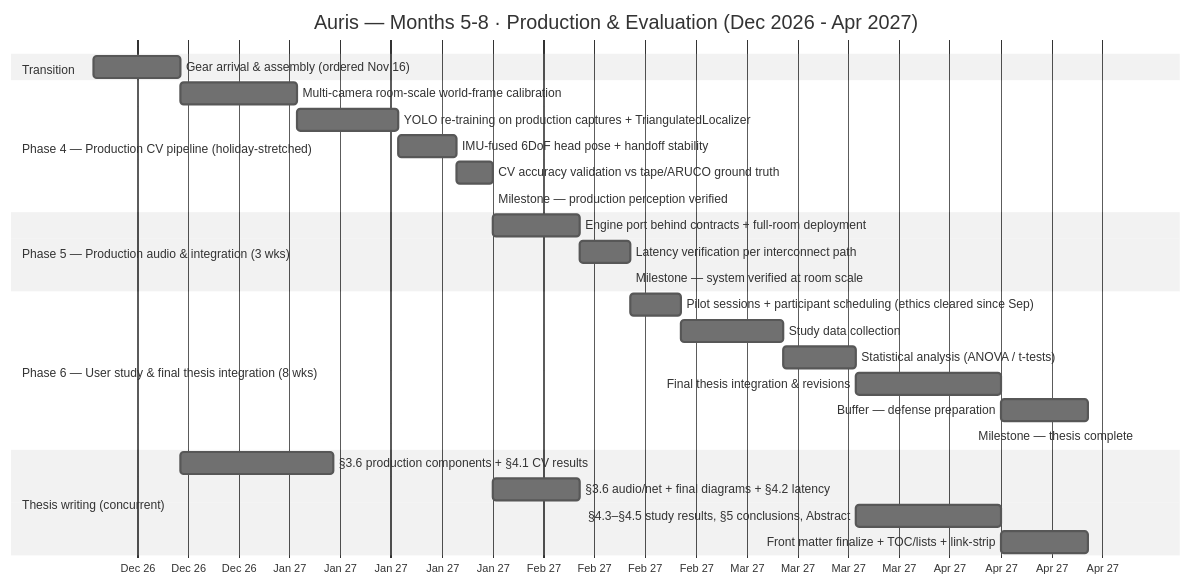
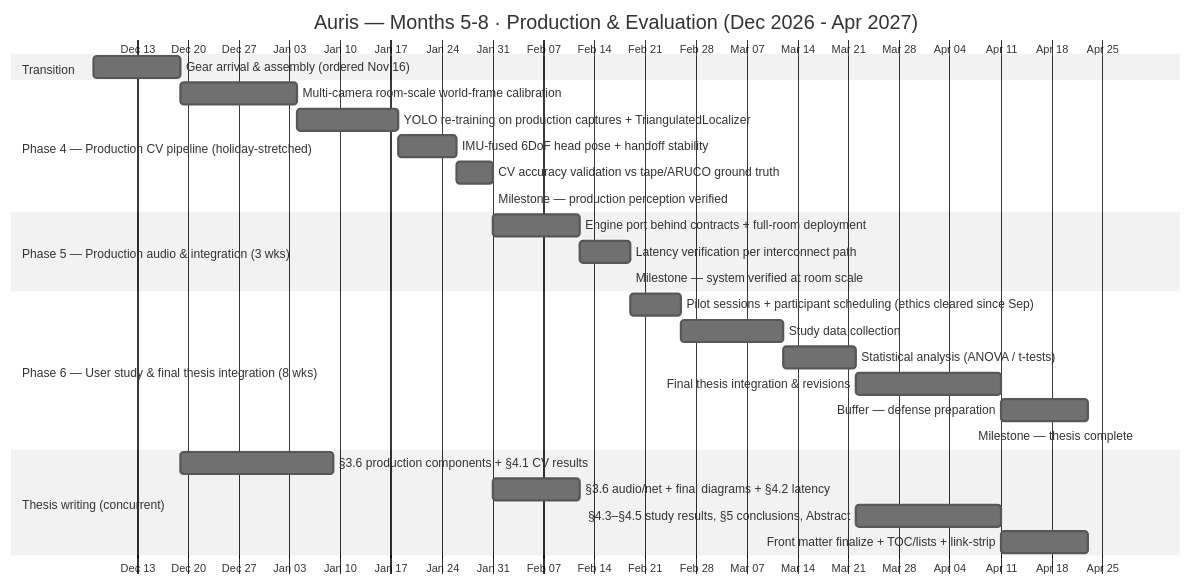
Before and after one commit to pewpil/auris: the diagram in docs/phases-gantt-m5-m8-production.md, drawn with Mermaid (neutral theme). The commit also changed 1 other file, not shown here.

Commit message:
gant chart update: time axis written on top as well

````diff
--- a/docs/phases-gantt-m5-m8-production.md
+++ b/docs/phases-gantt-m5-m8-production.md
@@ -5,35 +5,40 @@
 ```mermaid
+---
+config:
+  gantt:
+    topAxis: true
+---
 gantt
     title Auris — Months 5-8 · Production & Evaluation (Dec 2026 - Apr 2027)
     dateFormat YYYY-MM-DD
-    axisFormat %b %y
+    axisFormat %b %d
 
     section Transition
     Gear arrival & assembly (ordered Nov 16)                  :asm, 2026-12-07, 12d
 
     section Phase 4 — Production CV pipeline (holiday-stretched)
     Multi-camera room-scale world-frame calibration           :p4a, after asm, 16d
     YOLO re-training on production captures + TriangulatedLocalizer :p4b, after p4a, 14d
     IMU-fused 6DoF head pose + handoff stability              :p4c, after p4b, 8d
     CV accuracy validation vs tape/ARUCO ground truth         :p4d, after p4c, 5d
     Milestone — production perception verified                :m2, after p4d, 0d
 
     section Phase 5 — Production audio & integration (3 wks)
     Engine port behind contracts + full-room deployment       :p5a, after m2, 12d
     Latency verification per interconnect path                :p5b, after p5a, 7d
     Milestone — system verified at room scale                 :m3, after p5b, 0d
 
     section Phase 6 — User study & final thesis integration (8 wks)
     Pilot sessions + participant scheduling (ethics cleared since Sep) :p6a, after m3, 7d
     Study data collection                                     :p6b, after p6a, 14d
     Statistical analysis (ANOVA / t-tests)                    :p6c, after p6b, 10d
     Final thesis integration & revisions                     :p6d, after p6c, 20d
     Buffer — defense preparation                              :buf, after p6d, 12d
     Milestone — thesis complete                               :m4, 2027-04-30, 0d
 
     section Thesis writing (concurrent)
     §3.6 production components + §4.1 CV results              :t3, after asm, 21d
     §3.6 audio/net + final diagrams + §4.2 latency           :t4, after m2, 12d
     §4.3–§4.5 study results, §5 conclusions, Abstract        :t5, after p6c, 20d
     Front matter finalize + TOC/lists + link-strip           :t6, after t5, 12d
 ```
````
